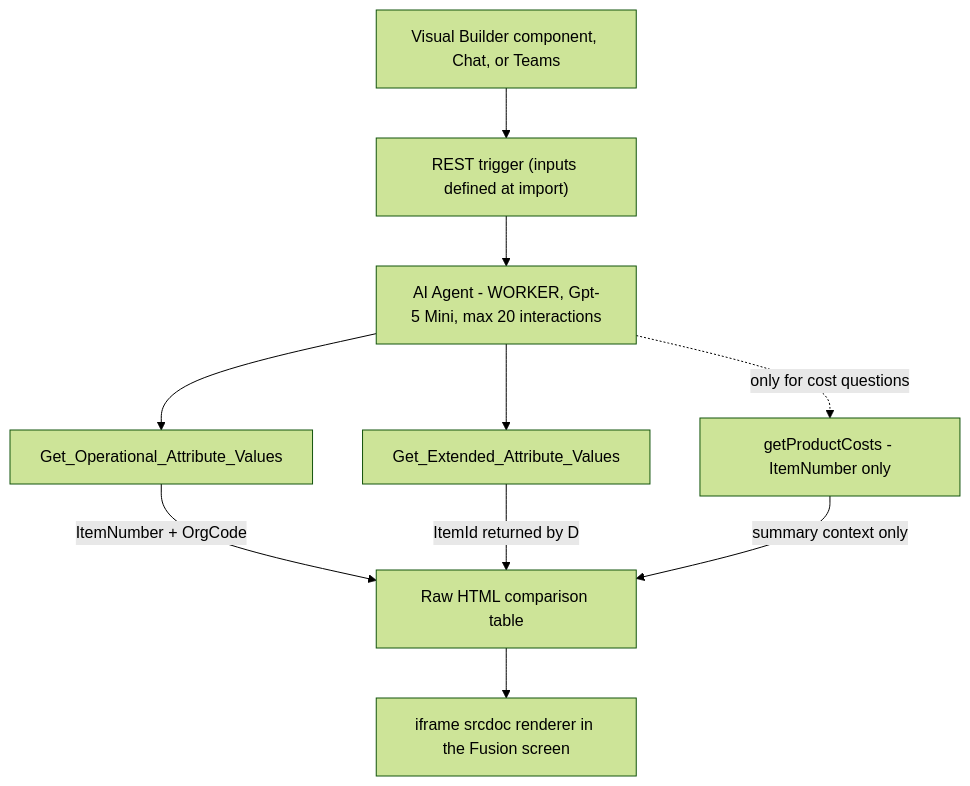
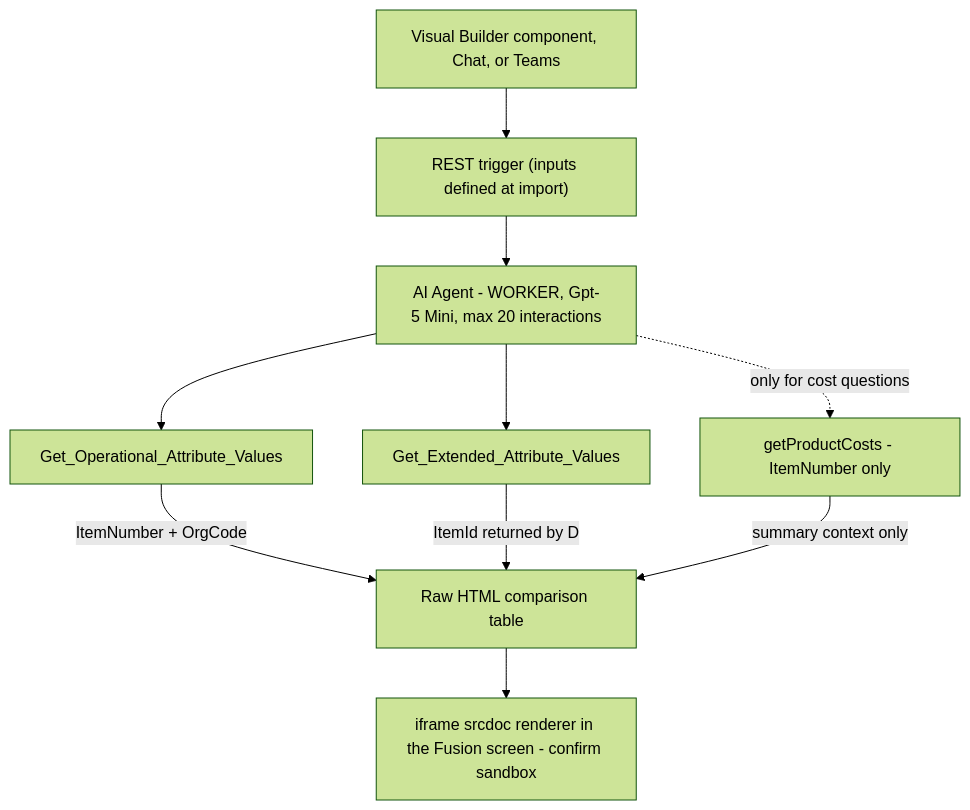
Before and after one commit to Shreyansh2203/Product-Comparison-Advisor---AI-Agent: the diagram in README.md, drawn with Mermaid (forest theme). The commit also changed other lines of this file and 9 other files, not shown here.

````diff
--- a/README.md
+++ b/README.md
@@ -54,12 +54,12 @@
 ```mermaid
 graph TD
     A["Visual Builder component, Chat, or Teams"] --> B["REST trigger (inputs defined at import)"]
     B --> C["AI Agent - WORKER, Gpt-5 Mini, max 20 interactions"]
     C --> D["Get_Operational_Attribute_Values"]
     C --> E["Get_Extended_Attribute_Values"]
     C -.->|"only for cost questions"| F["getProductCosts - ItemNumber only"]
     D -->|"ItemNumber + OrgCode"| G["Raw HTML comparison table"]
     E -->|"ItemId returned by D"| G
     F -->|"summary context only"| G
-    G --> H["iframe srcdoc renderer in the Fusion screen"]
+    G --> H["iframe srcdoc renderer in the Fusion screen - confirm sandbox"]
 ```
````
